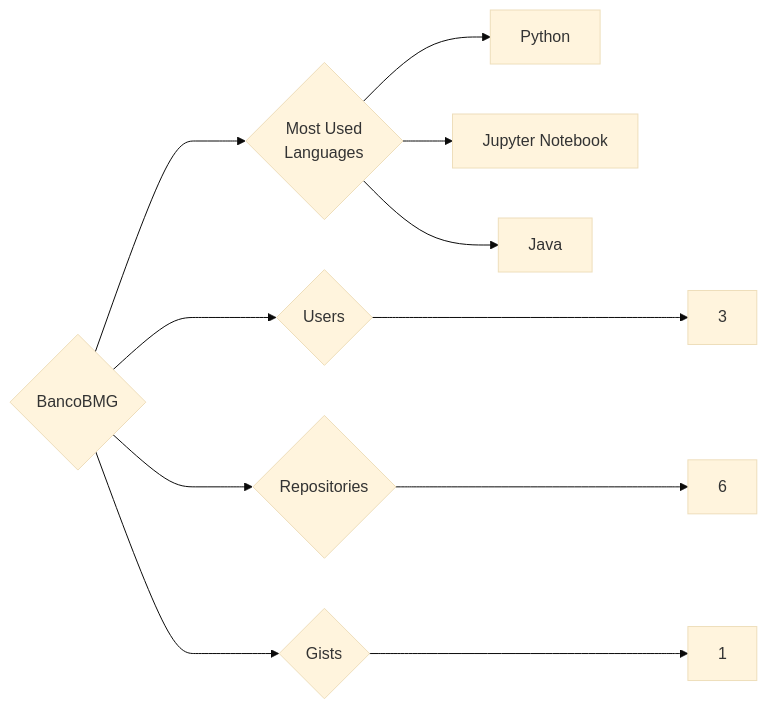
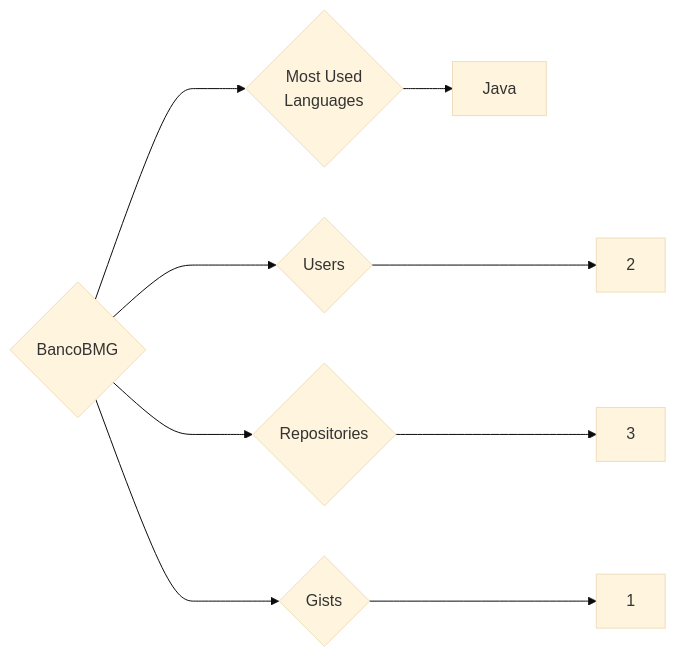
One commit to trickest/insiders changed the diagram in targets/BancoBMG/README.md. Above: the diagram before and after it, drawn with Mermaid (base theme). The commit also changed 873 other files, not shown here.

````diff
--- a/targets/BancoBMG/README.md
+++ b/targets/BancoBMG/README.md
@@ -3,11 +3,9 @@
 ```mermaid
 graph LR
 COMPANY_NAME{BancoBMG}
-COMPANY_NAME ---> U{Users} ---> UN[3]
-COMPANY_NAME ---> R{Repositories} ---> RN[6]
+COMPANY_NAME ---> U{Users} ---> UN[2]
+COMPANY_NAME ---> R{Repositories} ---> RN[3]
 COMPANY_NAME ---> G{Gists} ---> GN[1]
 COMPANY_NAME ---> ML{Most Used<br>Languages}
-ML --> Python[Python]
-ML --> Jupyter_Notebook[Jupyter Notebook]
 ML --> Java[Java]
 ```
````
